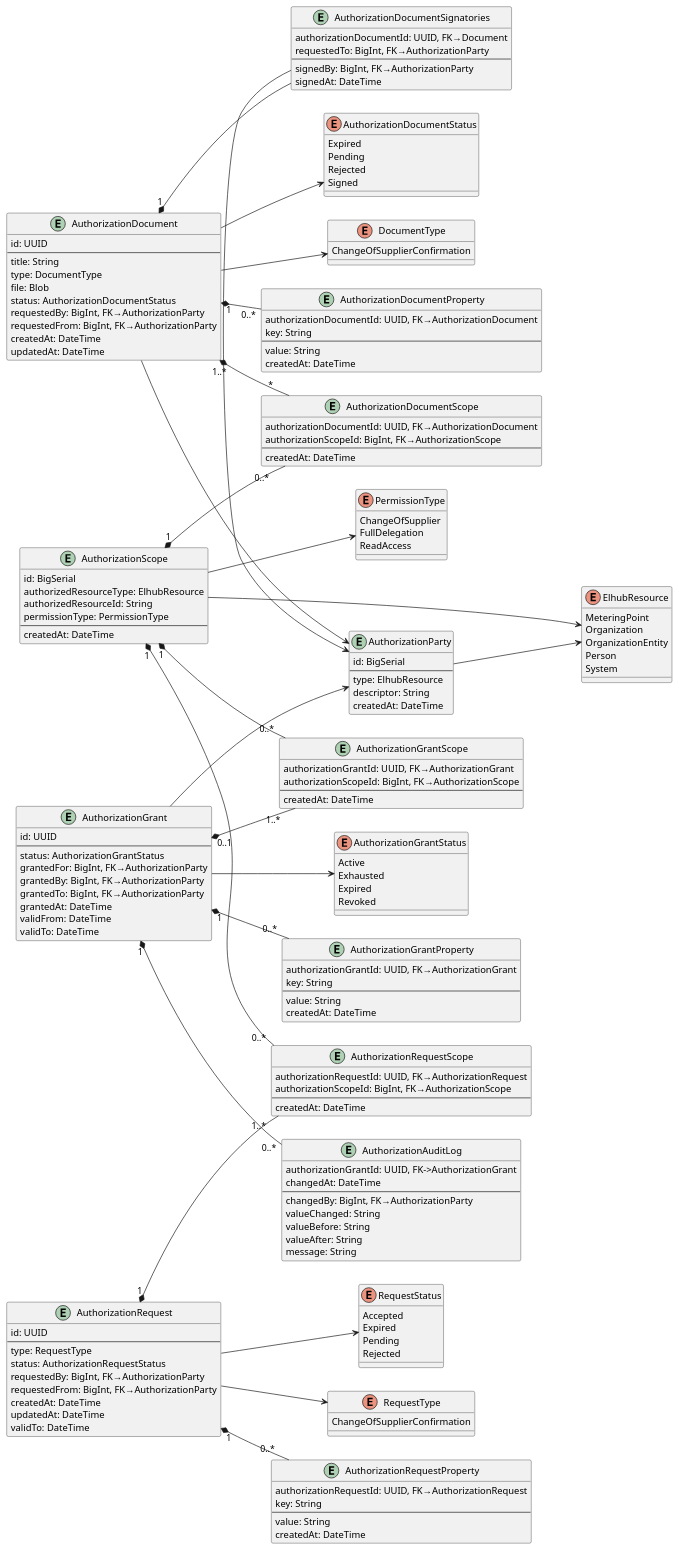
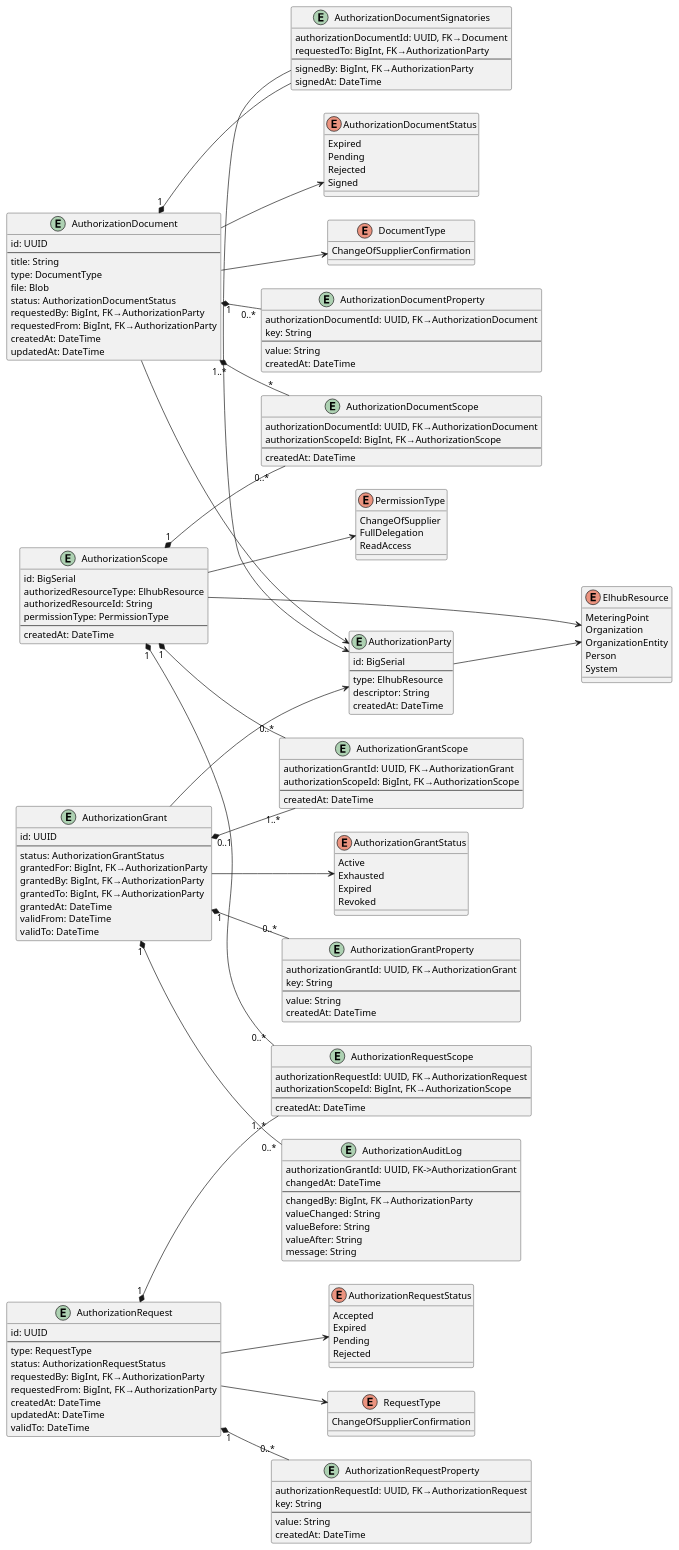
Before and after one commit to elhub/auth-grant-manager: the diagram in docs/assets/datamodel.plantuml, drawn with PlantUML. The commit also changed 4 other files, not shown here.

```diff
--- a/docs/assets/datamodel.plantuml
+++ b/docs/assets/datamodel.plantuml
@@ -1,196 +1,196 @@
 @startuml datamodel
 left to right direction
 'top to bottom direction
 
 ' The PartyId is a type that is used to identify a party
 ' It can be an elhub user Id or a GLN. It is a string because it can be a UUID or a GLN-number
 ' type PartyId = String
 
 enum AuthorizationGrantStatus {
   Active
   Exhausted
   Expired
   Revoked
 }
 
 enum PermissionType {
   ChangeOfSupplier
   FullDelegation
   ReadAccess
 }
 
 enum AuthorizationDocumentStatus {
   Expired
   Pending
   Rejected
   Signed
 }
 
-enum RequestStatus {
+enum AuthorizationRequestStatus {
   Accepted
   Expired
   Pending
   Rejected
 }
 
 enum ElhubResource {
   MeteringPoint
   Organization
   OrganizationEntity
   Person
   System
 }
 
 enum DocumentType {
   ChangeOfSupplierConfirmation
 }
 
 enum RequestType {
   ChangeOfSupplierConfirmation
 }
 
 entity AuthorizationGrant {
   id: UUID
   --
   status: AuthorizationGrantStatus
   grantedFor: BigInt, FK→AuthorizationParty
   grantedBy: BigInt, FK→AuthorizationParty
   grantedTo: BigInt, FK→AuthorizationParty
   grantedAt: DateTime
   validFrom: DateTime
   validTo: DateTime
 }
 
 ' Used to store metadata related to the AuthorizationGrant
 entity AuthorizationGrantProperty {
   authorizationGrantId: UUID, FK→AuthorizationGrant
   key: String
   --
   value: String
   createdAt: DateTime
 }
 
 entity AuthorizationAuditLog {
   authorizationGrantId: UUID, FK->AuthorizationGrant
   changedAt: DateTime
   --
   changedBy: BigInt, FK→AuthorizationParty
   valueChanged: String
   valueBefore: String
   valueAfter: String
   message: String
 }
 
 entity AuthorizationRequest {
   id: UUID
   --
   type: RequestType
   status: AuthorizationRequestStatus
   requestedBy: BigInt, FK→AuthorizationParty
   requestedFrom: BigInt, FK→AuthorizationParty
   createdAt: DateTime
   updatedAt: DateTime
   validTo: DateTime
 }
 
 entity AuthorizationRequestProperty {
   authorizationRequestId: UUID, FK→AuthorizationRequest
   key: String
   --
   value: String
   createdAt: DateTime
 }
 
 ' In this model it is assumed that the metadata is stored in the document.
 entity AuthorizationDocument {
   id: UUID
   --
   title: String
   type: DocumentType
   file: Blob
   status: AuthorizationDocumentStatus
   requestedBy: BigInt, FK→AuthorizationParty
   requestedFrom: BigInt, FK→AuthorizationParty
   createdAt: DateTime
   updatedAt: DateTime
 }
 
 entity AuthorizationDocumentProperty {
   authorizationDocumentId: UUID, FK→AuthorizationDocument
   key: String
   --
   value: String
   createdAt: DateTime
 }
 
 entity AuthorizationDocumentSignatories {
   authorizationDocumentId: UUID, FK→Document
   requestedTo: BigInt, FK→AuthorizationParty
   --
   signedBy: BigInt, FK→AuthorizationParty
   signedAt: DateTime
 }
 
 entity AuthorizationGrantScope {
   authorizationGrantId: UUID, FK→AuthorizationGrant
   authorizationScopeId: BigInt, FK→AuthorizationScope
   --
   createdAt: DateTime
 }
 
 entity AuthorizationDocumentScope {
   authorizationDocumentId: UUID, FK→AuthorizationDocument
   authorizationScopeId: BigInt, FK→AuthorizationScope
   --
   createdAt: DateTime
 }
 
 entity AuthorizationRequestScope {
   authorizationRequestId: UUID, FK→AuthorizationRequest
   authorizationScopeId: BigInt, FK→AuthorizationScope
   --
   createdAt: DateTime
 }
 
 entity AuthorizationScope {
   id: BigSerial
   authorizedResourceType: ElhubResource
   authorizedResourceId: String
   permissionType: PermissionType
   --
   createdAt: DateTime
 }
 
 entity AuthorizationParty {
   id: BigSerial
   --
   type: ElhubResource
   descriptor: String
   createdAt: DateTime
 }
 
 ' Relationships
 AuthorizationGrant "1" *-- "0..*" AuthorizationGrantProperty
 AuthorizationGrant "0..1" *-- "1..*" AuthorizationGrantScope
 AuthorizationGrant "1" *-- "0..*" AuthorizationAuditLog
 AuthorizationGrant --> AuthorizationGrantStatus
 AuthorizationGrant --> AuthorizationParty
 AuthorizationScope --> ElhubResource
 AuthorizationScope --> PermissionType
 AuthorizationScope "1" *-- "0..*" AuthorizationGrantScope
 AuthorizationScope "1" *-- "0..*" AuthorizationRequestScope
 AuthorizationScope "1" *-- "0..*" AuthorizationDocumentScope
 AuthorizationDocument "1" *-- "0..*" AuthorizationDocumentProperty
 AuthorizationDocument "1" *-- AuthorizationDocumentSignatories
 AuthorizationDocument "1..*" *-- "*" AuthorizationDocumentScope
 AuthorizationDocument --> DocumentType
 AuthorizationDocument --> AuthorizationDocumentStatus
 AuthorizationDocument --> AuthorizationParty
 AuthorizationDocumentSignatories -> AuthorizationParty
 AuthorizationRequest "1" *-- "0..*" AuthorizationRequestProperty
 AuthorizationRequest "1" *-- "1..*" AuthorizationRequestScope
 AuthorizationRequest --> RequestType
-AuthorizationRequest --> RequestStatus
+AuthorizationRequest --> AuthorizationRequestStatus
 AuthorizationParty --> ElhubResource
 
 @enduml
```
